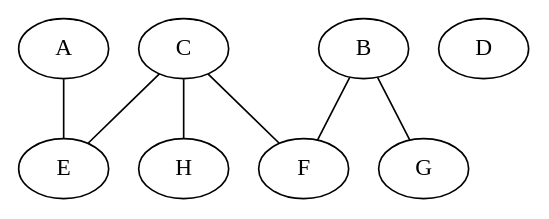
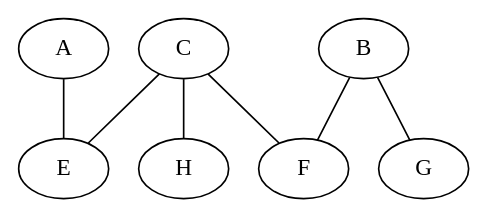
Before and after one commit to ctkawa/iegbuah: the diagram in grafo2.dot, drawn with Graphviz. The commit also changed 2 other files, not shown here.

```diff
--- a/grafo2.dot
+++ b/grafo2.dot
@@ -1,17 +1,17 @@
 graph G {
 	subgraph X {
-		A; B; C; D;
+		A; B; C;
 	};
 
 	subgraph Y {
 		E; F; G; H;
 	};
 
 	subgraph M {
 		
 	};
 	
-	A; B; C; D; E; F; G; H;
+	A; B; C; E; F; G; H;
 	A--E; B--F; C--F; B--G; C--E; C--H;
 	
 }
```
